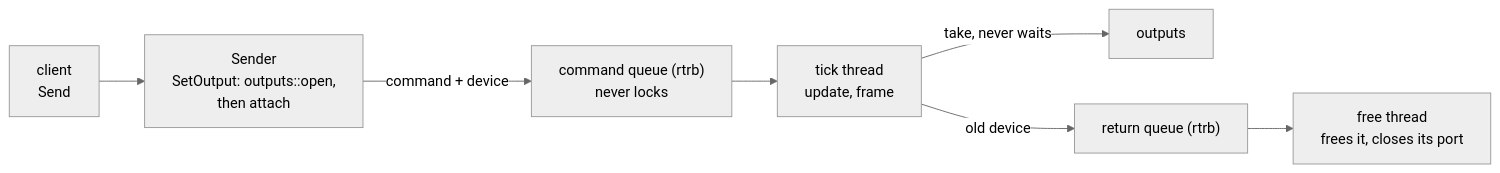
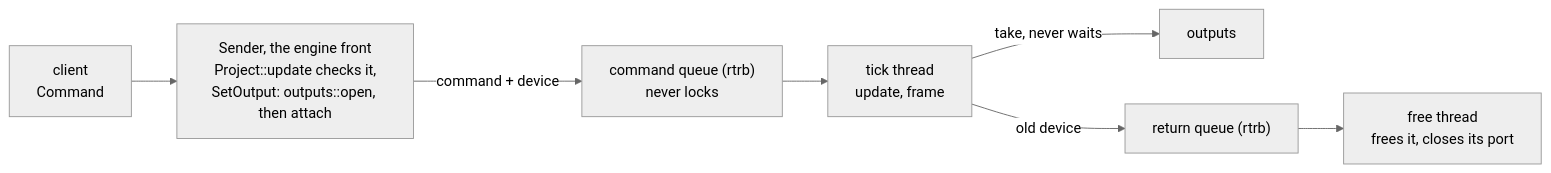
Before and after one commit to abossard/bossylights: the first of 4 diagrams in docs/engine.md, drawn with Mermaid (neutral theme). The commit also changed other lines of this file and 15 other files, not shown here.

````diff
--- a/docs/engine.md
+++ b/docs/engine.md
@@ -7,8 +7,8 @@
 ```mermaid
 flowchart LR
-  C["client<br/>Send"] --> SE["Sender<br/>SetOutput: outputs::open,<br/>then attach"]
+  C["client<br/>Command"] --> SE["Sender, the engine front<br/>Project::update checks it,<br/>SetOutput: outputs::open, then attach"]
   SE -- "command + device" --> Q["command queue (rtrb)<br/>never locks"]
   Q --> U["tick thread<br/>update, frame"]
   U -- "take, never waits" --> O["outputs"]
   U -- "old device" --> R["return queue (rtrb)"] --> FR["free thread<br/>frees it, closes its port"]
 ```
````
